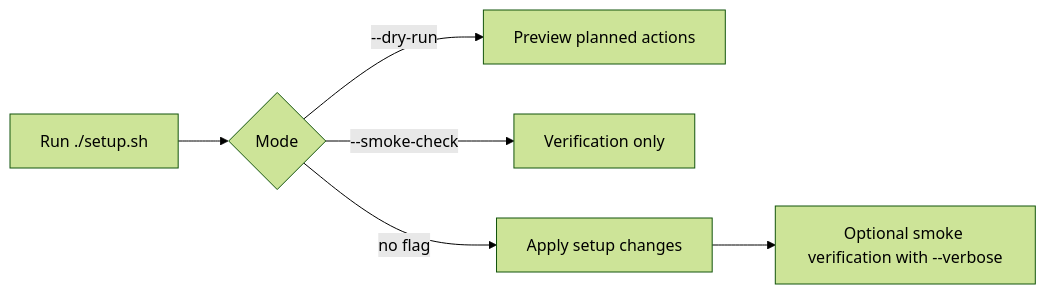
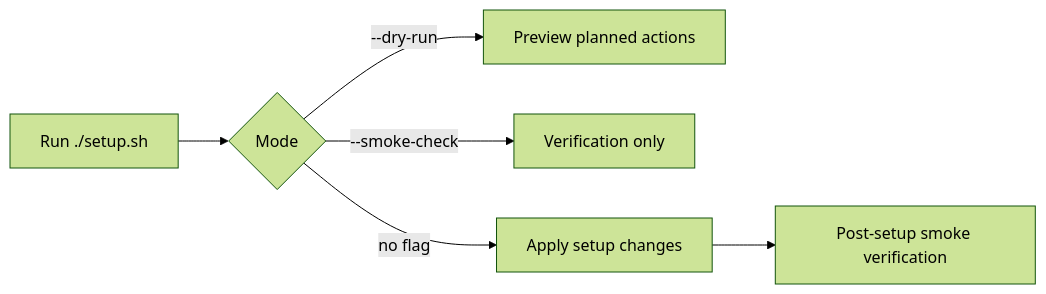
The diagram in README.md (wyattowalsh/dotfiles), drawn with Mermaid (forest theme) before and after one commit. The commit also changed other lines of this file and 43 other files, not shown here.

````diff
--- a/README.md
+++ b/README.md
@@ -132,8 +155,8 @@
 ```mermaid
 flowchart LR
   A[Run ./setup.sh] --> B{Mode}
   B -->|--dry-run| C[Preview planned actions]
   B -->|--smoke-check| D[Verification only]
   B -->|no flag| E[Apply setup changes]
-  E --> F[Optional smoke verification with --verbose]
+  E --> F[Post-setup smoke verification]
 ```
````
